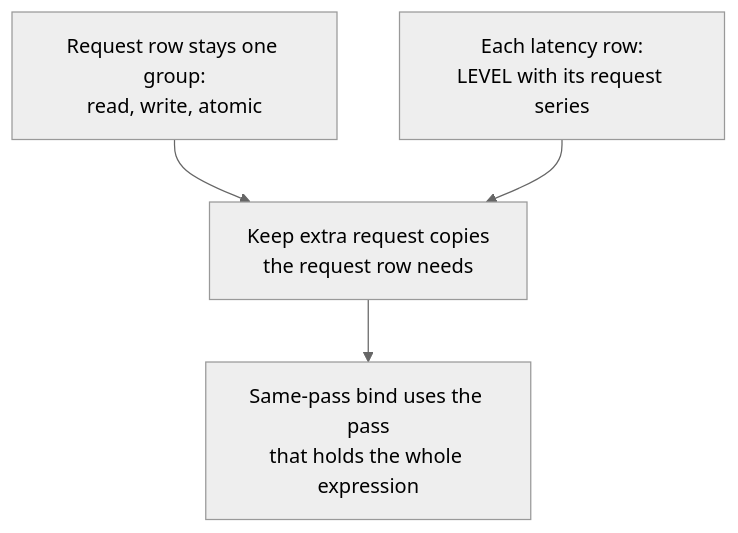
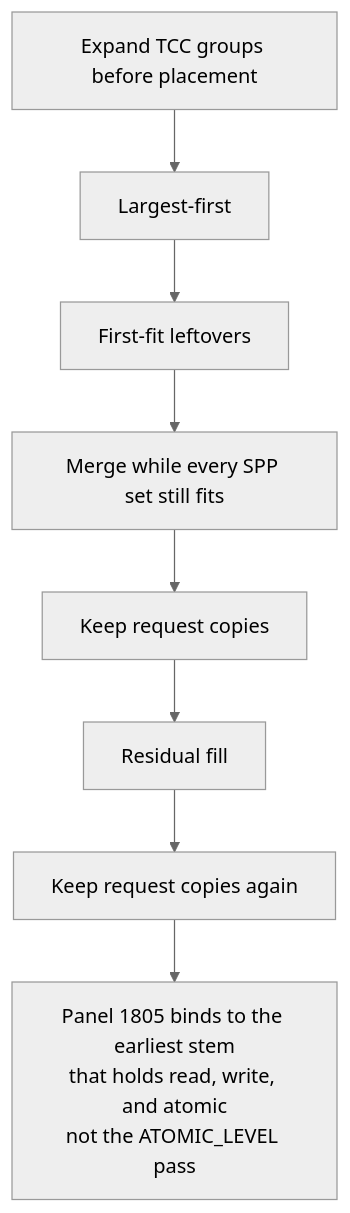
One commit to DeanTMaxim/rocm-systems changed the second of 2 diagrams in projects/rocprofiler-compute/docs/single-pass_packable_and_unpackable/lld-metrics-grouping-algorithm.md. Above: the diagram before and after it, drawn with Mermaid (neutral theme). The commit also changed other lines of this file and 1 other file, not shown here.

````diff
--- a/projects/rocprofiler-compute/docs/single-pass_packable_and_unpackable/lld-metrics-grouping-algorithm.md
+++ b/projects/rocprofiler-compute/docs/single-pass_packable_and_unpackable/lld-metrics-grouping-algorithm.md
@@ -117,8 +122,11 @@
 ```mermaid
 flowchart TD
-  R[Request row stays one group:<br/>read, write, atomic]
-  L[Each latency row:<br/>LEVEL with its request series]
-  R --> P[Keep extra request copies<br/>the request row needs]
-  L --> P
-  P --> B[Same-pass bind uses the pass<br/>that holds the whole expression]
+  E[Expand TCC groups before placement]
+  E --> L[Largest-first]
+  L --> F[First-fit leftovers]
+  F --> M[Merge while every SPP set still fits]
+  M --> K1[Keep request copies]
+  K1 --> R[Residual fill]
+  R --> K2[Keep request copies again]
+  K2 --> B[Panel 1805 binds to the earliest stem<br/>that holds read, write, and atomic<br/>not the ATOMIC_LEVEL pass]
 ```
````
